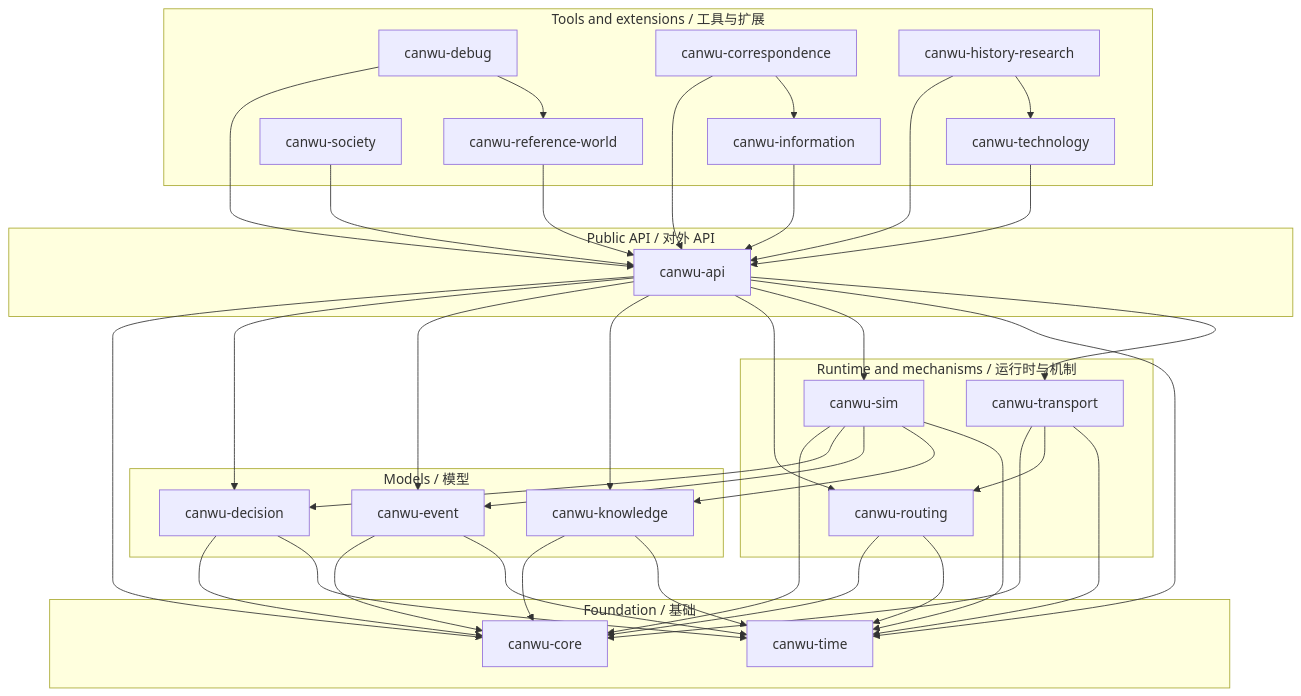
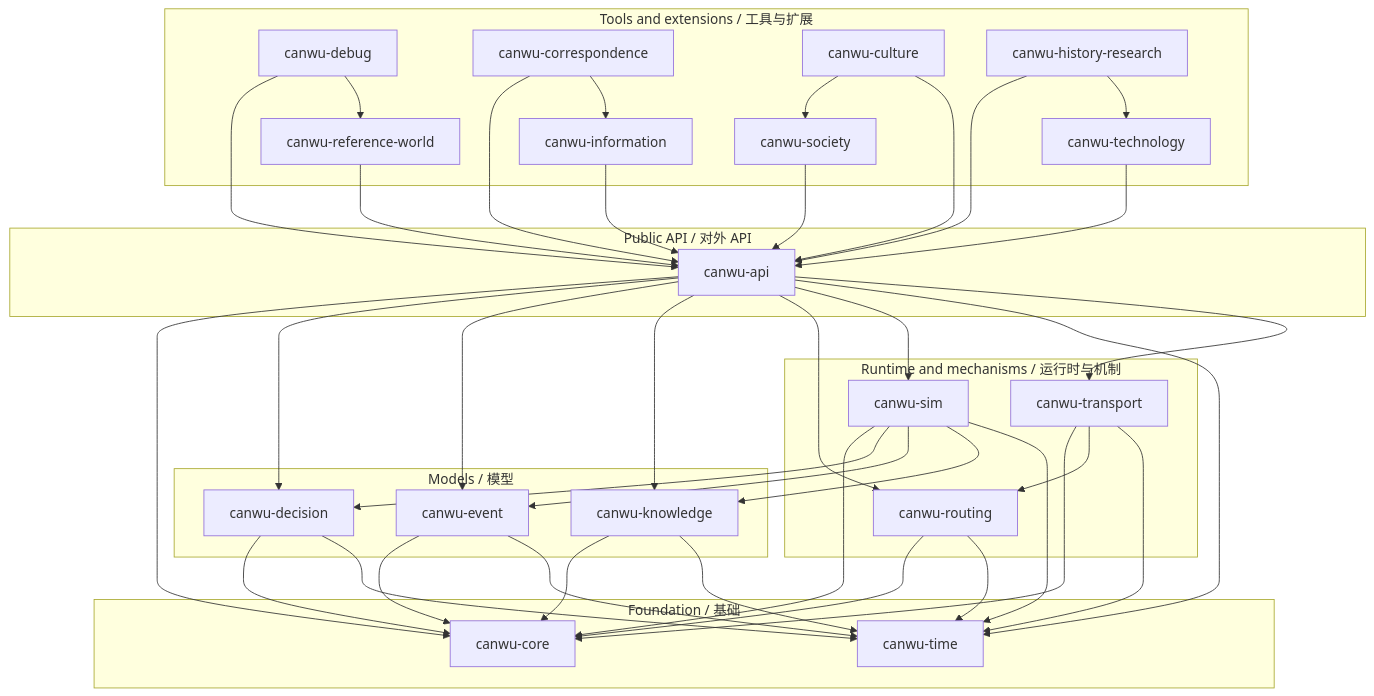
One commit to PeiyuanQi/canwu changed the third of 6 diagrams in docs/architecture.md. Above: the diagram before and after it, drawn with Mermaid. The commit also changed other lines of this file and 33 other files, not shown here.

````diff
--- a/docs/architecture.md
+++ b/docs/architecture.md
@@ -139,73 +139,76 @@
 ```mermaid
 flowchart TB
     subgraph ToolsExtensions["Tools and extensions / 工具与扩展"]
         Debug["canwu-debug"]
         Correspondence["canwu-correspondence"]
         Information["canwu-information"]
         Society["canwu-society"]
+        Culture["canwu-culture"]
         Technology["canwu-technology"]
         History["canwu-history-research"]
         ReferenceWorld["canwu-reference-world"]
     end
 
     subgraph PublicApi["Public API / 对外 API"]
         Api["canwu-api"]
     end
 
     subgraph RuntimeMechanisms["Runtime and mechanisms / 运行时与机制"]
         Sim["canwu-sim"]
         Transport["canwu-transport"]
         Routing["canwu-routing"]
     end
 
     subgraph Models["Models / 模型"]
         Decision["canwu-decision"]
         Event["canwu-event"]
         Knowledge["canwu-knowledge"]
     end
 
     subgraph Foundation["Foundation / 基础"]
         Core["canwu-core"]
         Time["canwu-time"]
     end
 
     Debug --> Api
     Correspondence --> Api
     Correspondence --> Information
     Information --> Api
     Society --> Api
+    Culture --> Society
+    Culture --> Api
     Technology --> Api
     History --> Api
     History --> Technology
 
     Api --> Core
     Api --> Decision
     Api --> Event
     Api --> Knowledge
     Api --> Routing
     Api --> Sim
     Api --> Time
     Api --> Transport
     ReferenceWorld --> Api
     Debug --> ReferenceWorld
 
     Sim --> Core
     Sim --> Decision
     Sim --> Event
     Sim --> Knowledge
     Sim --> Time
 
     Transport --> Core
     Transport --> Routing
     Transport --> Time
 
     Routing --> Core
     Routing --> Time
 
     Decision --> Core
     Decision --> Time
     Event --> Core
     Event --> Time
     Knowledge --> Core
     Knowledge --> Time
 ```
````
